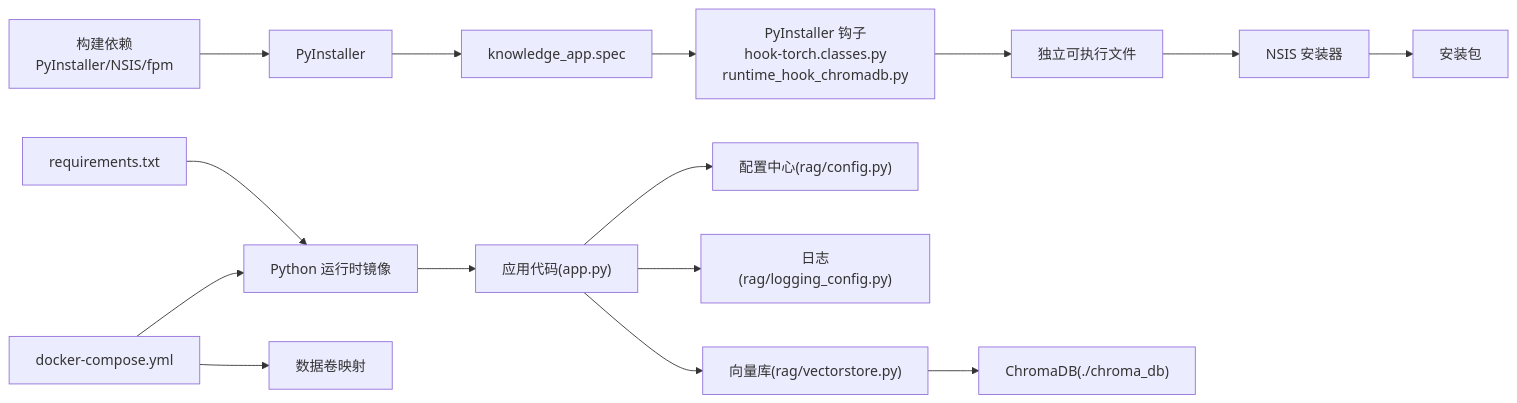
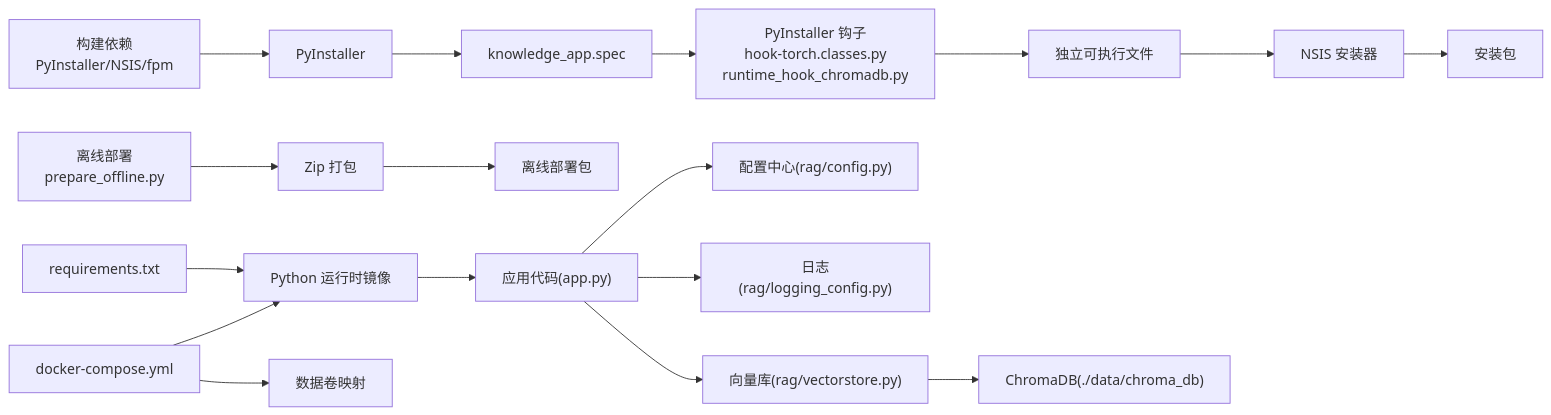
Before and after one commit to joyafa/knowledge: the sixth of 6 diagrams in .qoder/repowiki/zh/content/部署与运维/部署与运维.md, drawn with Mermaid. The commit also changed other lines of this file and 12 other files, not shown here.

````diff
--- a/.qoder/repowiki/zh/content/部署与运维/部署与运维.md
+++ b/.qoder/repowiki/zh/content/部署与运维/部署与运维.md
@@ -402,17 +446,19 @@
 ```mermaid
 graph LR
 Req["requirements.txt"] --> Img["Python 运行时镜像"]
 Build["构建依赖<br/>PyInstaller/NSIS/fpm"] --> PyI["PyInstaller"]
 PyI --> Spec["knowledge_app.spec"]
 Spec --> Hooks["PyInstaller 钩子<br/>hook-torch.classes.py<br/>runtime_hook_chromadb.py"]
 Hooks --> Exe["独立可执行文件"]
 Exe --> NSIS["NSIS 安装器"]
 NSIS --> Installer["安装包"]
+Offline["离线部署<br/>prepare_offline.py"] --> Zip["Zip 打包"]
+Zip --> OfflinePkg["离线部署包"]
 Img --> App["应用代码(app.py)"]
 App --> Cfg["配置中心(rag/config.py)"]
 App --> Log["日志(rag/logging_config.py)"]
 App --> VS["向量库(rag/vectorstore.py)"]
-VS --> VDB["ChromaDB(./chroma_db)"]
+VS --> VDB["ChromaDB(./data/chroma_db)"]
 Compose["docker-compose.yml"] --> Img
 Compose --> Vols["数据卷映射"]
 ```
````
